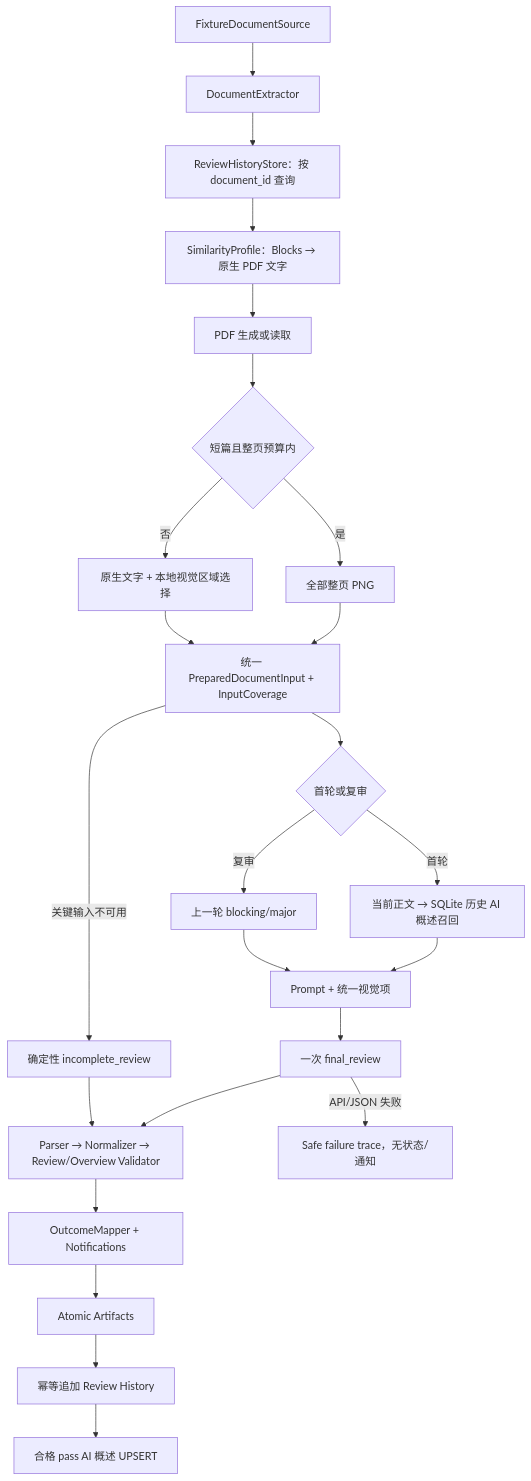
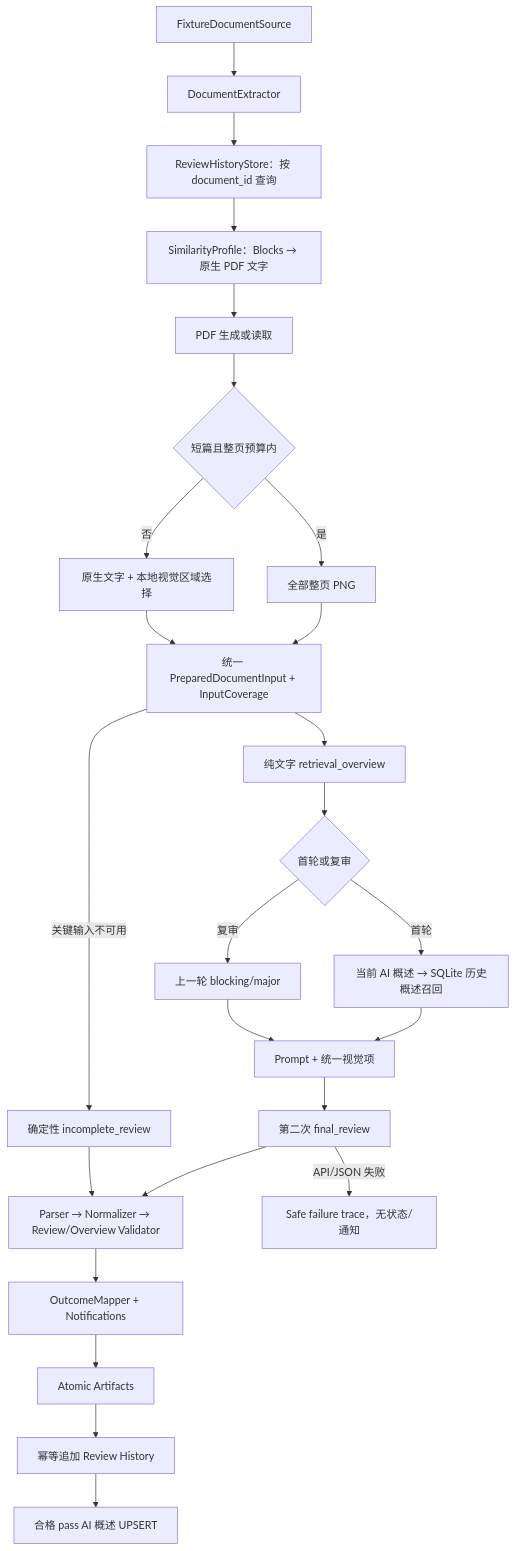
Before and after one commit to MuYi150/offline_feishu_agent: the diagram in docs/architecture.md, drawn with Mermaid. The commit also changed other lines of this file and 68 other files, not shown here.

````diff
--- a/docs/architecture.md
+++ b/docs/architecture.md
@@ -7,26 +7,27 @@
 ```mermaid
 flowchart TD
     F["FixtureDocumentSource"] --> E["DocumentExtractor"]
     E --> D["ReviewHistoryStore：按 document_id 查询"]
     D --> T["SimilarityProfile：Blocks → 原生 PDF 文字"]
     T --> P["PDF 生成或读取"]
     P --> R{"短篇且整页预算内"}
     R -->|是| F1["全部整页 PNG"]
     R -->|否| F2["原生文字 + 本地视觉区域选择"]
     F1 --> C["统一 PreparedDocumentInput + InputCoverage"]
     F2 --> C
-    C --> M{"首轮或复审"}
-    M -->|首轮| S["当前正文 → SQLite 历史 AI 概述召回"]
+    C --> V["纯文字 retrieval_overview"]
+    V --> M{"首轮或复审"}
+    M -->|首轮| S["当前 AI 概述 → SQLite 历史概述召回"]
     M -->|复审| H["上一轮 blocking/major"]
     S --> B["Prompt + 统一视觉项"]
     H --> B
-    B --> K["一次 final_review"]
+    B --> K["第二次 final_review"]
     K --> J["Parser → Normalizer → Review/Overview Validator"]
     J --> O["OutcomeMapper + Notifications"]
     O --> A["Atomic Artifacts"]
     A --> H2["幂等追加 Review History"]
     H2 --> U["合格 pass AI 概述 UPSERT"]
     C -->|关键输入不可用| I["确定性 incomplete_review"]
     I --> J
     K -->|API/JSON 失败| X["Safe failure trace，无状态/通知"]
 ```
````
